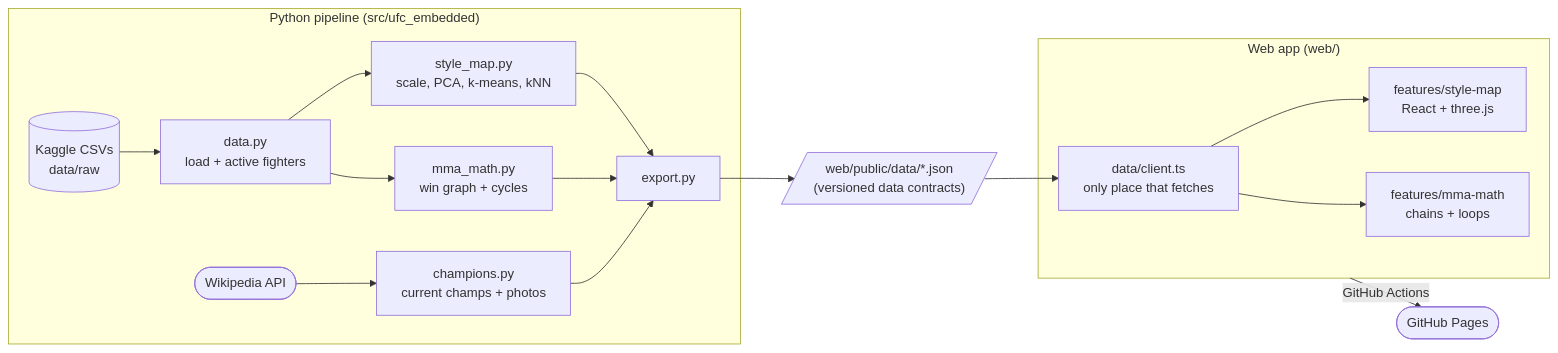
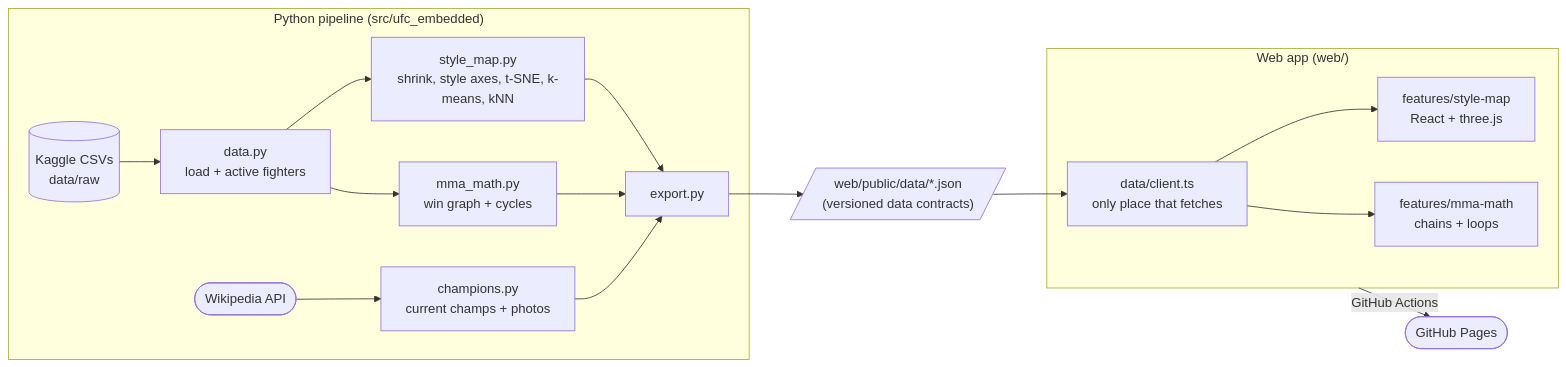
One commit to abbasly/ufc_embedded changed the diagram in README.md. Above: the diagram before and after it, drawn with Mermaid. The commit also changed other lines of this file and 5 other files, not shown here.

Commit message:
feat(web): add layout switch between style axes and t-SNE similarity view

````diff
--- a/README.md
+++ b/README.md
@@ -30,22 +41,22 @@
 ```mermaid
 flowchart LR
     subgraph py["Python pipeline (src/ufc_embedded)"]
         raw[("Kaggle CSVs<br/>data/raw")] --> data["data.py<br/>load + active fighters"]
-        data --> sm["style_map.py<br/>scale, PCA, k-means, kNN"]
+        data --> sm["style_map.py<br/>shrink, style axes, t-SNE, k-means, kNN"]
         wiki(["Wikipedia API"]) --> champs["champions.py<br/>current champs + photos"]
         data --> mma["mma_math.py<br/>win graph + cycles"]
         sm --> export["export.py"]
         champs --> export
         mma --> export
     end
 
     export --> json[/"web/public/data/*.json<br/>(versioned data contracts)"/]
 
     subgraph web["Web app (web/)"]
         client["data/client.ts<br/>only place that fetches"] --> feat["features/style-map<br/>React + three.js"]
         client --> mmaui["features/mma-math<br/>chains + loops"]
     end
 
     json --> client
     web -->|"GitHub Actions"| pages(["GitHub Pages"])
 ```
````
